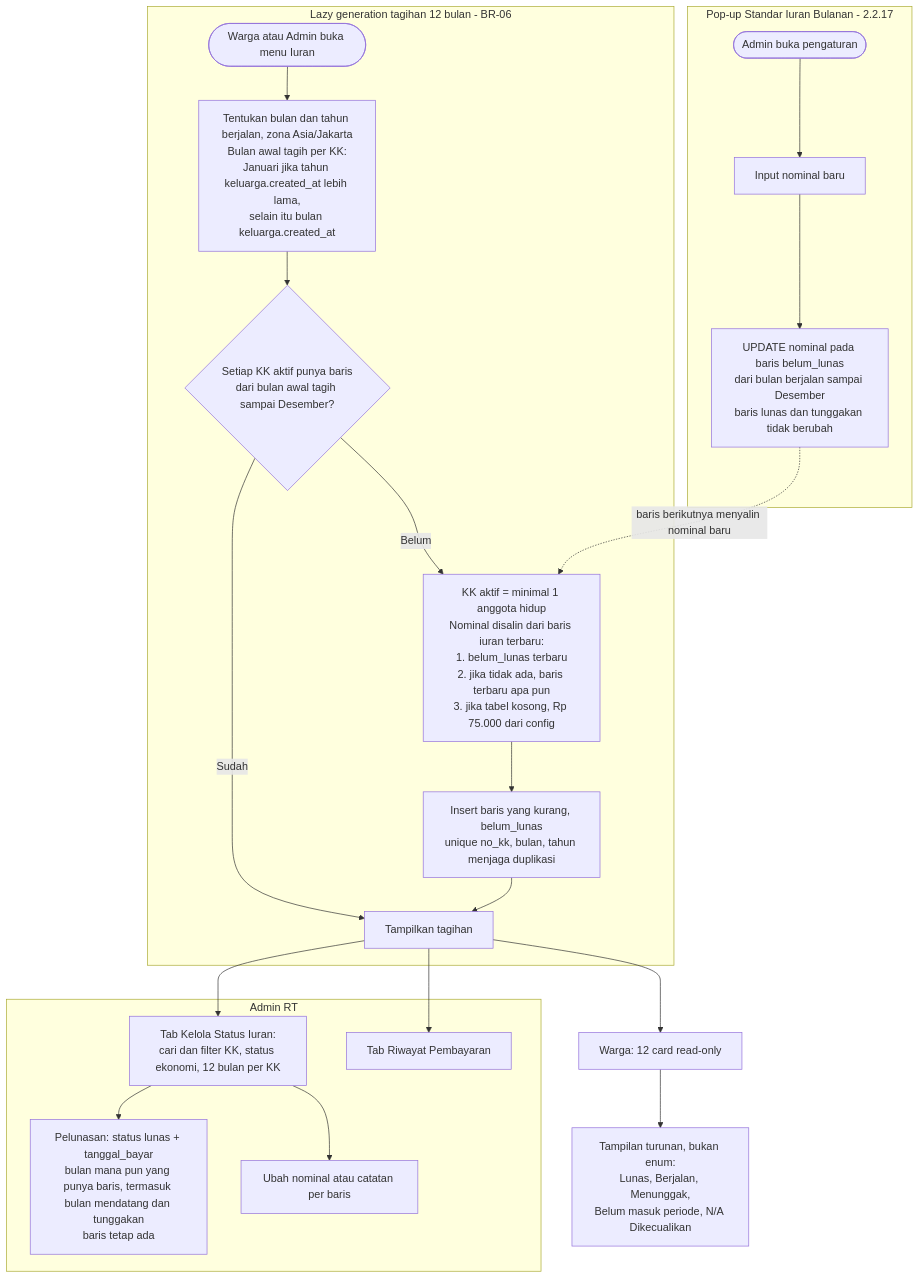
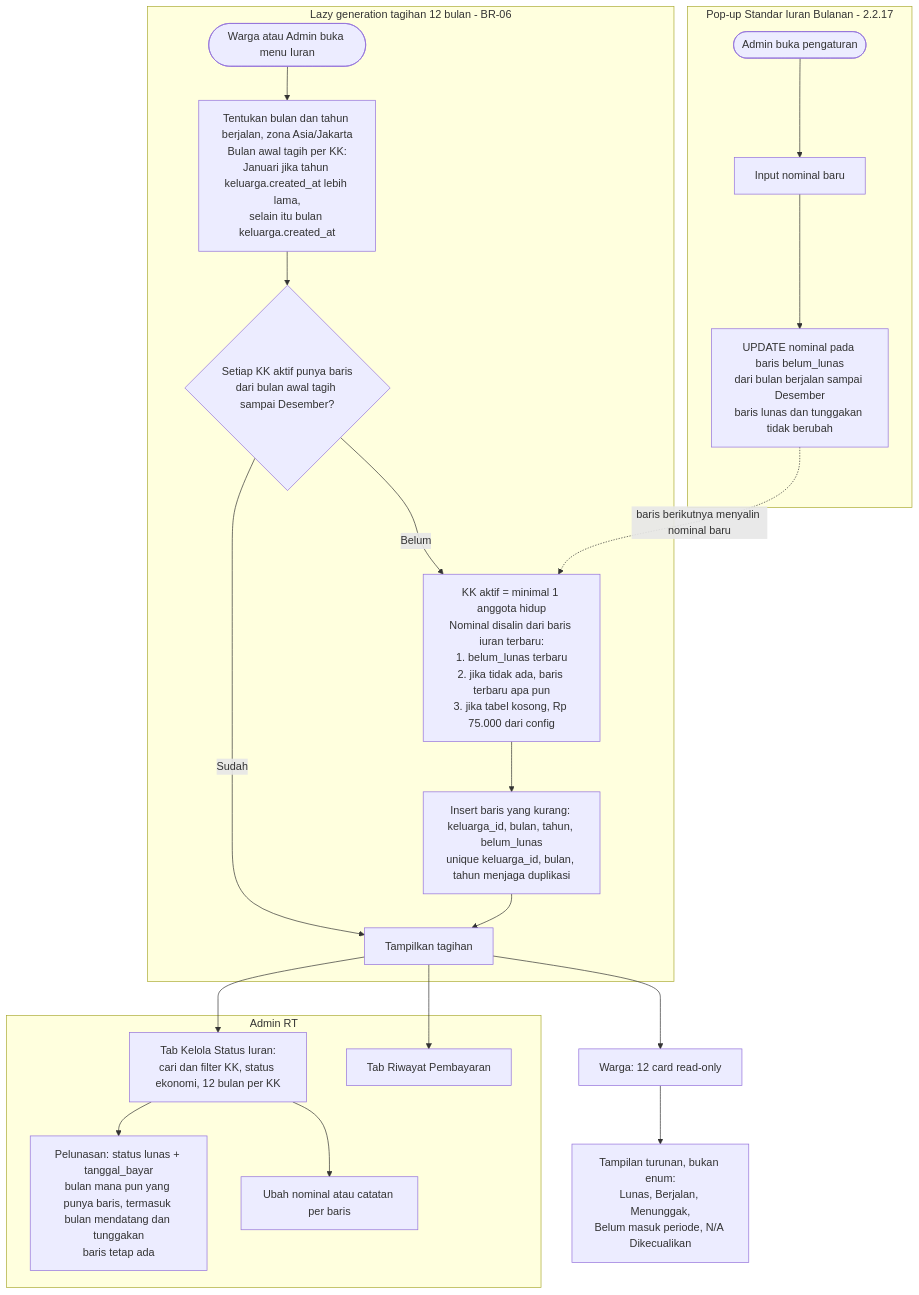
Before and after one commit to MUMUHR/WargaKu: diagram 11 of 11 in Diagram_Arsitektur_Workflow_WargaKu.md, drawn with Mermaid. The commit also changed other lines of this file and 29 other files, not shown here.

````diff
--- a/Diagram_Arsitektur_Workflow_WargaKu.md
+++ b/Diagram_Arsitektur_Workflow_WargaKu.md
@@ -381,28 +389,28 @@
 ```mermaid
 flowchart TD
     subgraph Gen["Lazy generation tagihan 12 bulan - BR-06"]
         B1(["Warga atau Admin buka menu Iuran"]) --> B2["Tentukan bulan dan tahun berjalan, zona Asia/Jakarta<br/>Bulan awal tagih per KK:<br/>Januari jika tahun keluarga.created_at lebih lama,<br/>selain itu bulan keluarga.created_at"]
         B2 --> B3{"Setiap KK aktif punya baris<br/>dari bulan awal tagih sampai Desember?"}
         B3 -- "Sudah" --> B6
         B3 -- "Belum" --> B4["KK aktif = minimal 1 anggota hidup<br/>Nominal disalin dari baris iuran terbaru:<br/>1. belum_lunas terbaru<br/>2. jika tidak ada, baris terbaru apa pun<br/>3. jika tabel kosong, Rp 75.000 dari config"]
-        B4 --> B5["Insert baris yang kurang, belum_lunas<br/>unique no_kk, bulan, tahun menjaga duplikasi"]
+        B4 --> B5["Insert baris yang kurang: keluarga_id, bulan, tahun, belum_lunas<br/>unique keluarga_id, bulan, tahun menjaga duplikasi"]
         B5 --> B6["Tampilkan tagihan"]
     end
 
     subgraph Set["Pop-up Standar Iuran Bulanan - 2.2.17"]
         A1(["Admin buka pengaturan"]) --> A2["Input nominal baru"]
         A2 --> A3["UPDATE nominal pada baris belum_lunas<br/>dari bulan berjalan sampai Desember<br/>baris lunas dan tunggakan tidak berubah"]
     end
 
     A3 -.->|"baris berikutnya menyalin nominal baru"| B4
 
     subgraph AdminIuran["Admin RT"]
         B6 --> C1["Tab Kelola Status Iuran:<br/>cari dan filter KK, status ekonomi, 12 bulan per KK"]
         C1 --> C2["Pelunasan: status lunas + tanggal_bayar<br/>bulan mana pun yang punya baris, termasuk bulan mendatang dan tunggakan<br/>baris tetap ada"]
         C1 --> C3["Ubah nominal atau catatan per baris"]
         B6 --> C4["Tab Riwayat Pembayaran"]
     end
 
     B6 --> W1["Warga: 12 card read-only"]
     W1 --> W2["Tampilan turunan, bukan enum:<br/>Lunas, Berjalan, Menunggak,<br/>Belum masuk periode, N/A Dikecualikan"]
 ```
````
